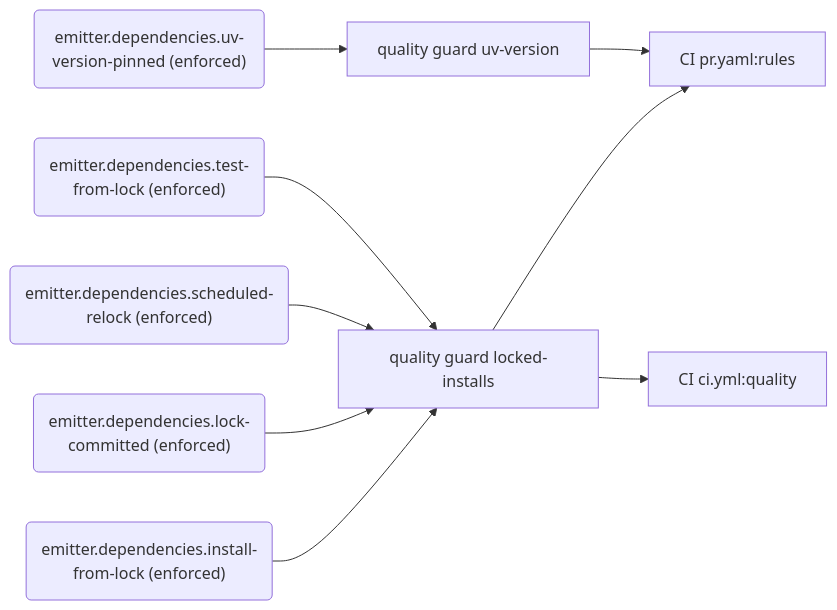
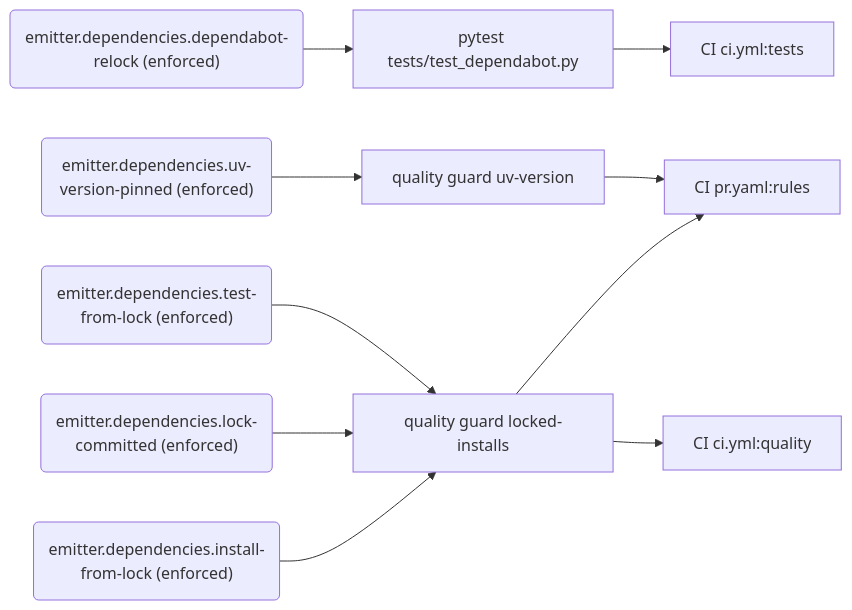
One commit to PolicyEngine/local-services changed the seventh of 9 diagrams in docs/generated/rules.md. Above: the diagram before and after it, drawn with Mermaid. The commit also changed other lines of this file and 17 other files, not shown here.

First line of the commit message:
Replace the custom relock with Dependabot

````diff
--- a/docs/generated/rules.md
+++ b/docs/generated/rules.md
@@ -277,20 +284,23 @@
 ```mermaid
 flowchart LR
+  r_emitter_dependencies_dependabot_relock("emitter.dependencies.dependabot-relock (enforced)")
+  e_pytest_tests_test_dependabot_py["pytest tests/test_dependabot.py"]
+  j_CI_ci_yml_tests["CI ci.yml:tests"]
   r_emitter_dependencies_install_from_lock("emitter.dependencies.install-from-lock (enforced)")
   e_quality_guard_locked_installs["quality guard locked-installs"]
   j_CI_pr_yaml_rules["CI pr.yaml:rules"]
   r_emitter_dependencies_lock_committed("emitter.dependencies.lock-committed (enforced)")
   j_CI_ci_yml_quality["CI ci.yml:quality"]
-  r_emitter_dependencies_scheduled_relock("emitter.dependencies.scheduled-relock (enforced)")
   r_emitter_dependencies_test_from_lock("emitter.dependencies.test-from-lock (enforced)")
   r_emitter_dependencies_uv_version_pinned("emitter.dependencies.uv-version-pinned (enforced)")
   e_quality_guard_uv_version["quality guard uv-version"]
+  r_emitter_dependencies_dependabot_relock --> e_pytest_tests_test_dependabot_py
+  e_pytest_tests_test_dependabot_py --> j_CI_ci_yml_tests
   r_emitter_dependencies_install_from_lock --> e_quality_guard_locked_installs
   e_quality_guard_locked_installs --> j_CI_pr_yaml_rules
   r_emitter_dependencies_lock_committed --> e_quality_guard_locked_installs
   e_quality_guard_locked_installs --> j_CI_ci_yml_quality
-  r_emitter_dependencies_scheduled_relock --> e_quality_guard_locked_installs
   r_emitter_dependencies_test_from_lock --> e_quality_guard_locked_installs
   r_emitter_dependencies_uv_version_pinned --> e_quality_guard_uv_version
   e_quality_guard_uv_version --> j_CI_pr_yaml_rules
 ```
````
